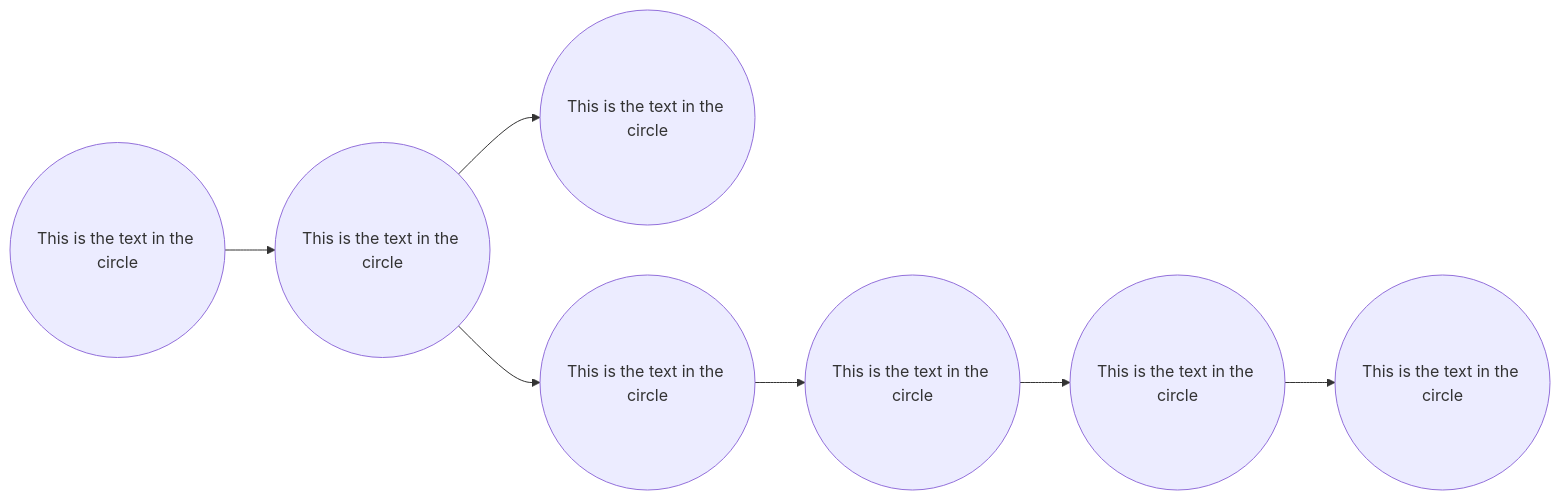
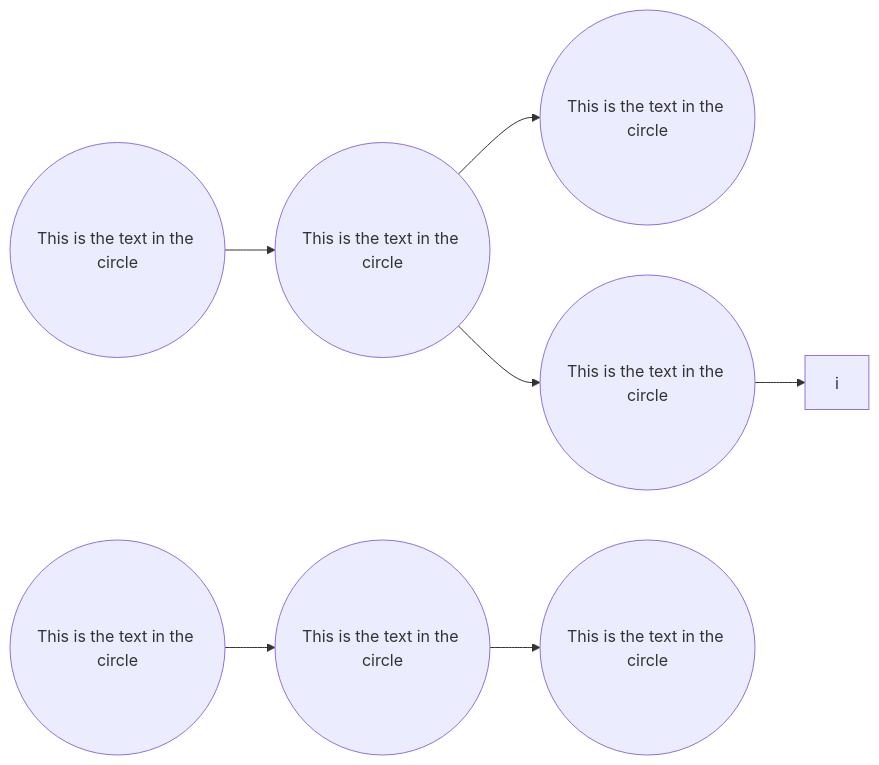
The second of 2 diagrams in slides.md (gerbssusd/dok), drawn with Mermaid before and after one commit.

````diff
--- a/slides.md
+++ b/slides.md
@@ -499,13 +499,13 @@
 ```mermaid {scale: .70}
 
 flowchart LR
     id1((This is the text in the circle)) -->
     id2((This is the text in the circle)) -->
     id3((This is the text in the circle))
-   id2 --> id4((This is the text in the circle)) -->
+   id2 --> id4((This is the text in the circle)) -->i
     id5((This is the text in the circle)) -->
     id6((This is the text in the circle)) -->
     id7((This is the text in the circle))
 
 
 ```
````
